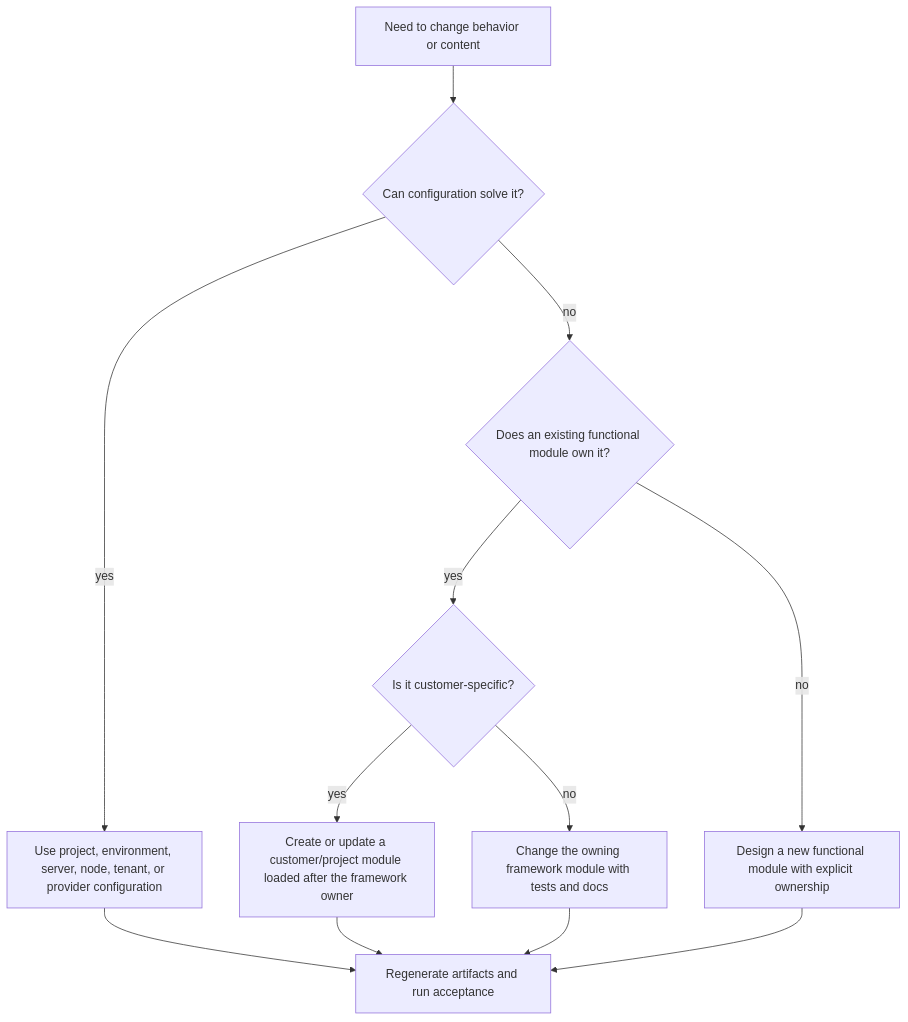
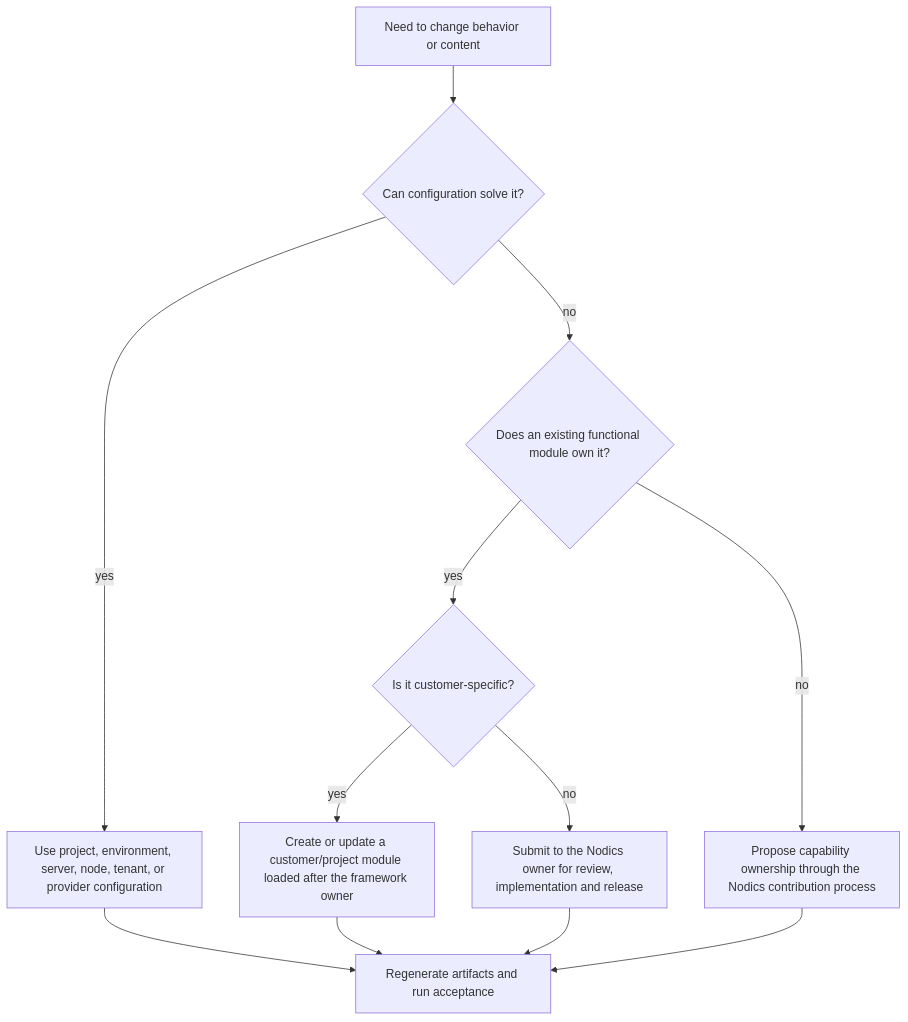
One commit to Nodics/nodics.kickoff changed the diagram in docs/pages/customization-guide.md. Above: the diagram before and after it, drawn with Mermaid. The commit also changed other lines of this file and 256 other files, not shown here.

````diff
--- a/docs/pages/customization-guide.md
+++ b/docs/pages/customization-guide.md
@@ -31,14 +32,14 @@
 ```mermaid
 flowchart TD
   Need["Need to change behavior or content"] --> Config{"Can configuration solve it?"}
   Config -- "yes" --> Env["Use project, environment, server, node, tenant, or provider configuration"]
   Config -- "no" --> Existing{"Does an existing functional module own it?"}
   Existing -- "yes" --> ProjectModule{"Is it customer-specific?"}
   ProjectModule -- "yes" --> Overlay["Create or update a customer/project module loaded after the framework owner"]
-  ProjectModule -- "no" --> Framework["Change the owning framework module with tests and docs"]
-  Existing -- "no" --> NewModule["Design a new functional module with explicit ownership"]
+  ProjectModule -- "no" --> Framework["Submit to the Nodics owner for review, implementation and release"]
+  Existing -- "no" --> NewModule["Propose capability ownership through the Nodics contribution process"]
   Env --> Verify["Regenerate artifacts and run acceptance"]
   Overlay --> Verify
   Framework --> Verify
   NewModule --> Verify
 ```
````
